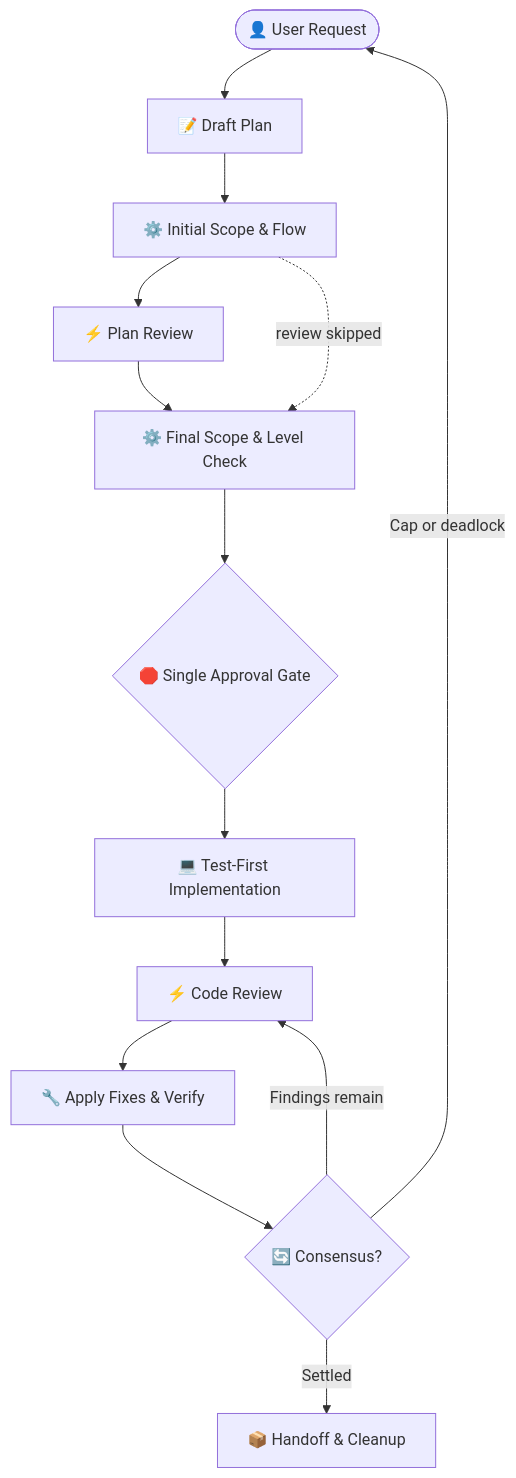
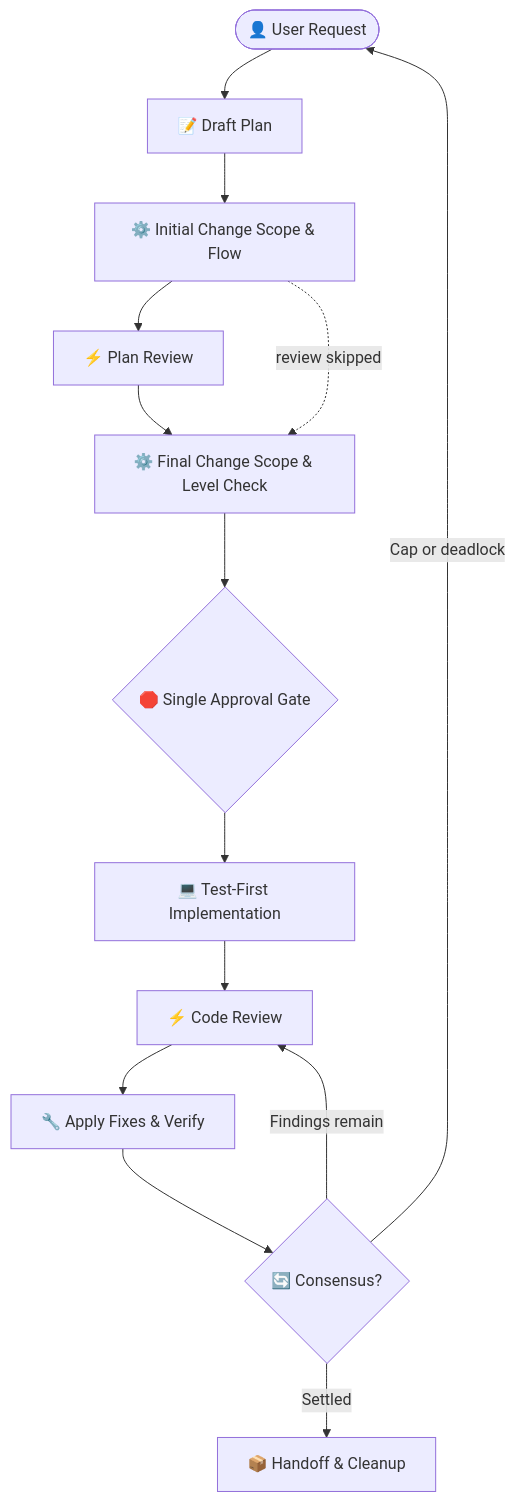
The diagram in skills/implement-dispatch/README.md (Gyunikuchan/dispatch-skills), drawn with Mermaid before and after one commit. The commit also changed other lines of this file and 17 other files, not shown here.

````diff
--- a/skills/implement-dispatch/README.md
+++ b/skills/implement-dispatch/README.md
@@ -7,16 +7,16 @@
 ```mermaid
 flowchart TD
     User(["👤 User Request"]) --> Plan["📝 Draft Plan"]
-    Plan --> Scope["⚙️ Initial Scope & Flow"]
+    Plan --> Scope["⚙️ Initial Change Scope & Flow"]
     Scope --> PlanReview["⚡ Plan Review"]
-    PlanReview --> FinalScope["⚙️ Final Scope & Level Check"]
+    PlanReview --> FinalScope["⚙️ Final Change Scope & Level Check"]
     Scope -.->|review skipped| FinalScope
     FinalScope --> Gate{"🛑 Single Approval Gate"}
     Gate --> Implementation["💻 Test-First Implementation"]
     Implementation --> CodeReview["⚡ Code Review"]
     CodeReview --> Fix["🔧 Apply Fixes & Verify"]
     Fix --> Consensus{"🔄 Consensus?"}
     Consensus -->|Findings remain| CodeReview
     Consensus -->|Settled| Handoff["📦 Handoff & Cleanup"]
     Consensus -->|Cap or deadlock| User
 ```
````
